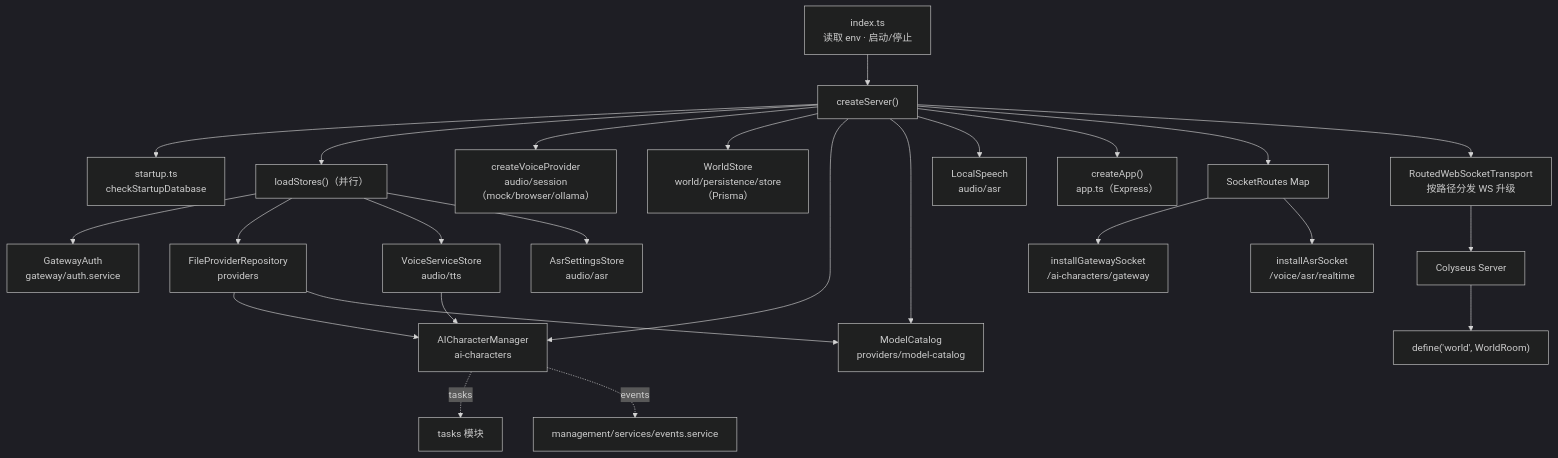
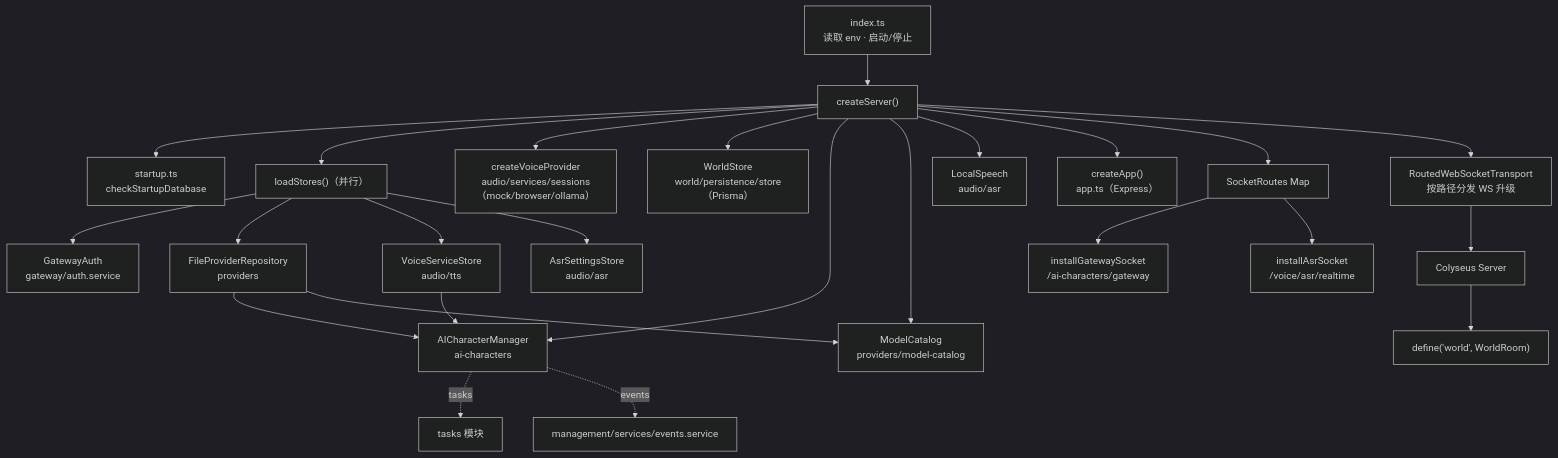
The fourth of 14 diagrams in docs/guide/architecture-diagrams.md (lulabs-org/embocraft), drawn with Mermaid (dark theme) before and after one commit. The commit also changed 17 other files, not shown here.

Commit message:
refactor(server): organize audio sessions and spatial signaling

````diff
--- a/docs/guide/architecture-diagrams.md
+++ b/docs/guide/architecture-diagrams.md
@@ -87,32 +87,32 @@
 ```mermaid
 graph TD
     Index["index.ts<br/>读取 env · 启动/停止"] --> Create["createServer()"]
 
     Create --> Startup["startup.ts<br/>checkStartupDatabase"]
     Create --> Stores["loadStores()（并行）"]
     Stores --> GA["GatewayAuth<br/>gateway/auth.service"]
     Stores --> PS["FileProviderRepository<br/>providers"]
     Stores --> VS["VoiceServiceStore<br/>audio/tts"]
     Stores --> AS["AsrSettingsStore<br/>audio/asr"]
 
-    Create --> VP["createVoiceProvider<br/>audio/session（mock/browser/ollama）"]
+    Create --> VP["createVoiceProvider<br/>audio/services/sessions（mock/browser/ollama）"]
     Create --> WS["WorldStore<br/>world/persistence/store（Prisma）"]
     Create --> ACM["AICharacterManager<br/>ai-characters"]
     Create --> MC["ModelCatalog<br/>providers/model-catalog"]
     Create --> LS["LocalSpeech<br/>audio/asr"]
 
     Create --> App["createApp()<br/>app.ts（Express）"]
     Create --> Sockets["SocketRoutes Map"]
     Sockets --> GWS["installGatewaySocket<br/>/ai-characters/gateway"]
     Sockets --> ASRS["installAsrSocket<br/>/voice/asr/realtime"]
 
     Create --> Transport["RoutedWebSocketTransport<br/>按路径分发 WS 升级"]
     Transport --> Colyseus["Colyseus Server"]
     Colyseus --> Room["define('world', WorldRoom)"]
 
     ACM -.->|tasks| Tasks["tasks 模块"]
     ACM -.->|events| Events["management/services/events.service"]
     PS --> ACM
     VS --> ACM
     PS --> MC
 ```
````
